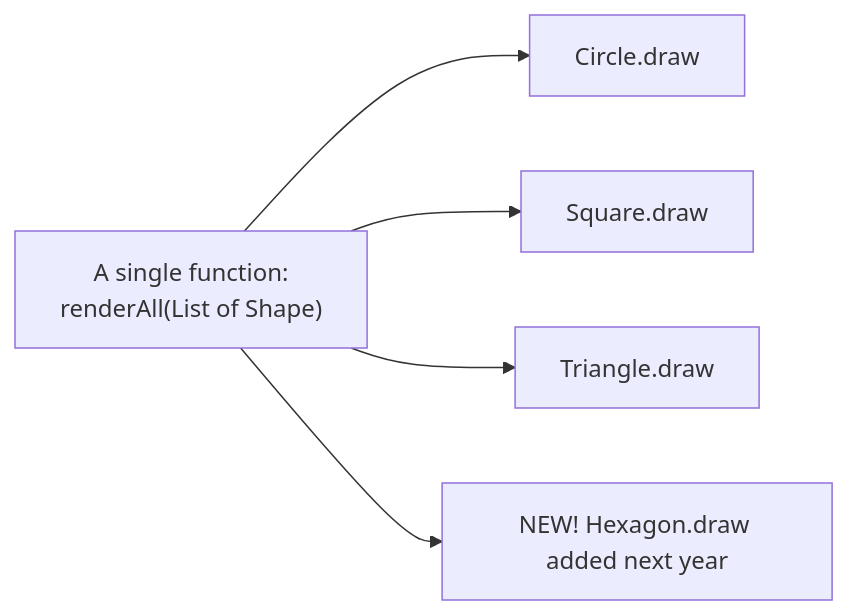
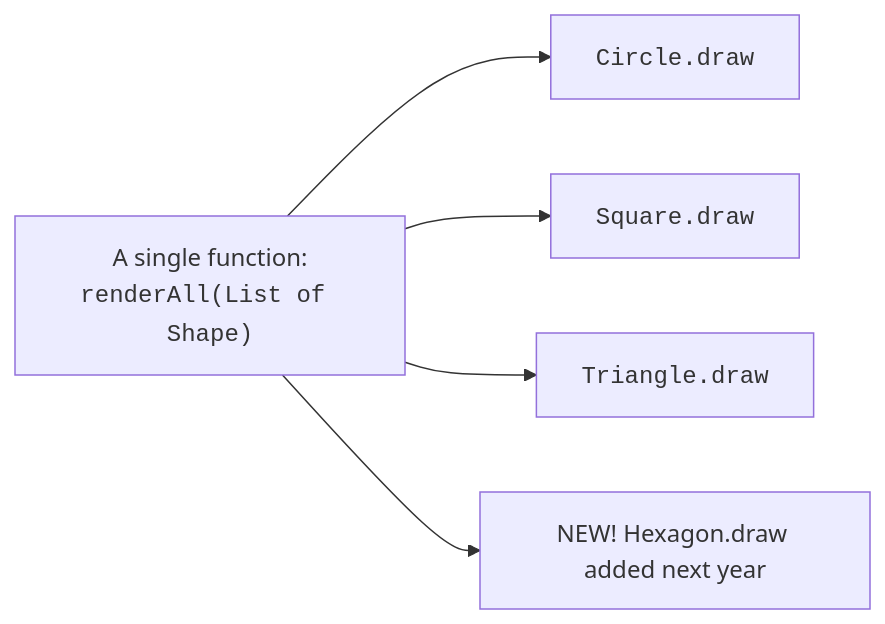
The third of 5 diagrams in content/learn/oop-blueprint-java/polymorphism.mdx (dataslope/dataslope), drawn with Mermaid before and after one commit. The commit also changed 153 other files, not shown here.

First line of the commit message:
Render code-only mermaid shapes in monospace; convert step sequences to Steps

````diff
--- a/content/learn/oop-blueprint-java/polymorphism.mdx
+++ b/content/learn/oop-blueprint-java/polymorphism.mdx
@@ -91,7 +91,7 @@
 ```mermaid
 flowchart LR
-    F["A single function:<br/>renderAll(List of Shape)"] --> S1[Circle.draw]
-    F --> S2[Square.draw]
-    F --> S3[Triangle.draw]
+    F["A single function:<br/><code>renderAll(List of Shape)</code>"] --> S1["<code>Circle.draw</code>"]
+    F --> S2["<code>Square.draw</code>"]
+    F --> S3["<code>Triangle.draw</code>"]
     F --> S4[NEW! Hexagon.draw added next year]
 ```
````
